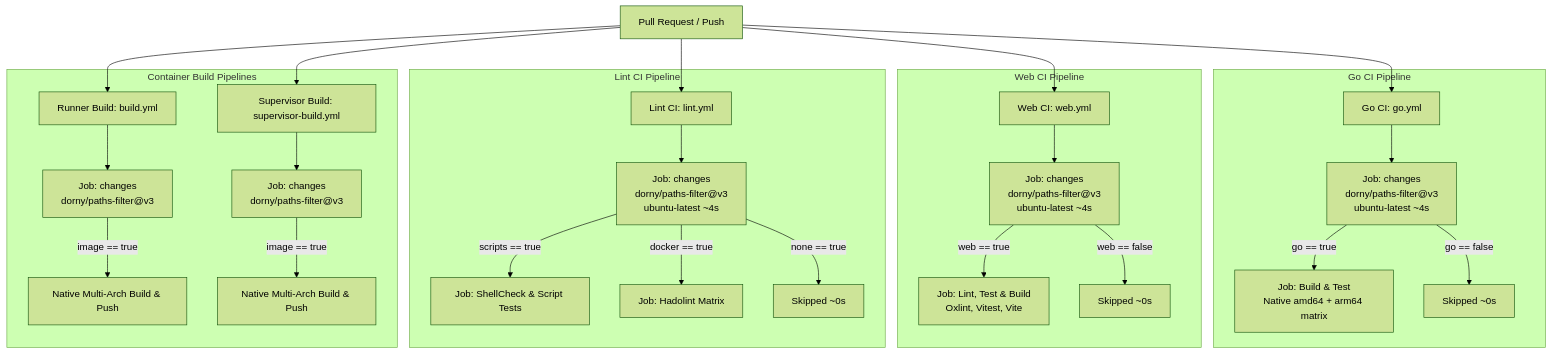
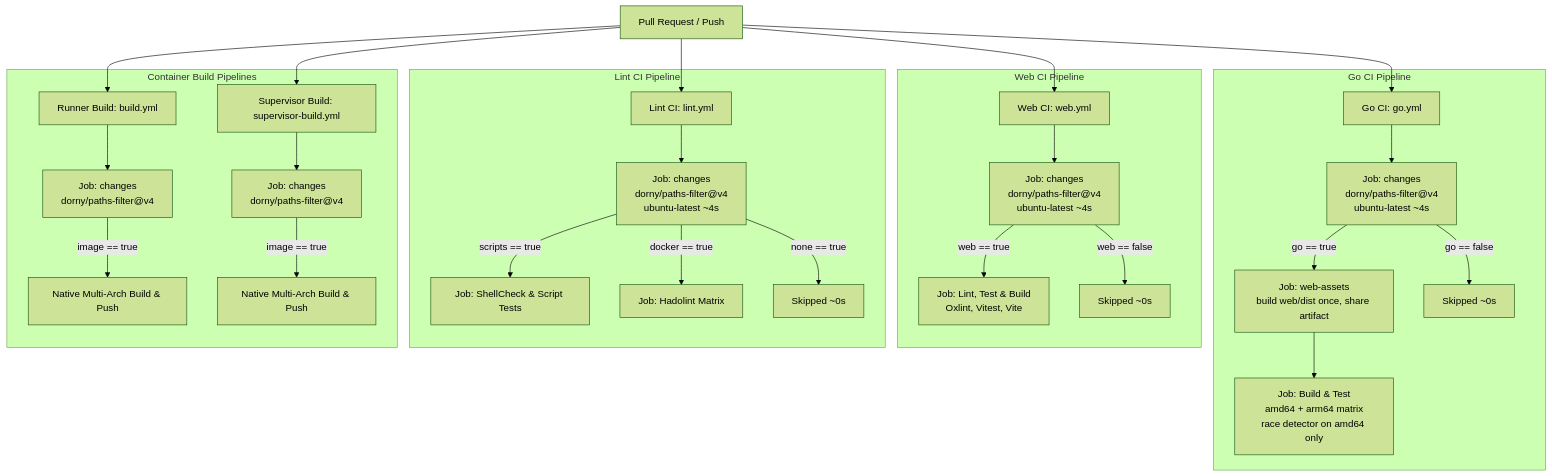
One commit to noosxe/runnero changed the diagram in docs/11-ci-cd-pipelines.md. Above: the diagram before and after it, drawn with Mermaid (forest theme). The commit also changed other lines of this file and 5 other files, not shown here.

````diff
--- a/docs/11-ci-cd-pipelines.md
+++ b/docs/11-ci-cd-pipelines.md
@@ -36,34 +38,35 @@
 ```mermaid
 graph TD
     PR[Pull Request / Push] --> WF1[Go CI: go.yml]
     PR --> WF2[Web CI: web.yml]
     PR --> WF3[Lint CI: lint.yml]
     PR --> WF4[Runner Build: build.yml]
     PR --> WF5[Supervisor Build: supervisor-build.yml]
 
     subgraph "Go CI Pipeline"
-        WF1 --> G1[Job: changes<br/>dorny/paths-filter@v3<br/>ubuntu-latest ~4s]
-        G1 -->|go == true| G2[Job: Build & Test<br/>Native amd64 + arm64 matrix]
+        WF1 --> G1[Job: changes<br/>dorny/paths-filter@v4<br/>ubuntu-latest ~4s]
+        G1 -->|go == true| G4[Job: web-assets<br/>build web/dist once, share artifact]
+        G4 --> G2[Job: Build & Test<br/>amd64 + arm64 matrix<br/>race detector on amd64 only]
         G1 -->|go == false| G3[Skipped ~0s]
     end
 
     subgraph "Web CI Pipeline"
-        WF2 --> W1[Job: changes<br/>dorny/paths-filter@v3<br/>ubuntu-latest ~4s]
+        WF2 --> W1[Job: changes<br/>dorny/paths-filter@v4<br/>ubuntu-latest ~4s]
         W1 -->|web == true| W2[Job: Lint, Test & Build<br/>Oxlint, Vitest, Vite]
         W1 -->|web == false| W3[Skipped ~0s]
     end
 
     subgraph "Lint CI Pipeline"
-        WF3 --> L1[Job: changes<br/>dorny/paths-filter@v3<br/>ubuntu-latest ~4s]
+        WF3 --> L1[Job: changes<br/>dorny/paths-filter@v4<br/>ubuntu-latest ~4s]
         L1 -->|scripts == true| L2[Job: ShellCheck & Script Tests]
         L1 -->|docker == true| L3[Job: Hadolint Matrix]
         L1 -->|none == true| L4[Skipped ~0s]
     end
 
     subgraph "Container Build Pipelines"
-        WF4 --> B1[Job: changes<br/>dorny/paths-filter@v3]
+        WF4 --> B1[Job: changes<br/>dorny/paths-filter@v4]
         B1 -->|image == true| B2[Native Multi-Arch Build & Push]
-        WF5 --> S1[Job: changes<br/>dorny/paths-filter@v3]
+        WF5 --> S1[Job: changes<br/>dorny/paths-filter@v4]
         S1 -->|image == true| S2[Native Multi-Arch Build & Push]
     end
 ```
````
